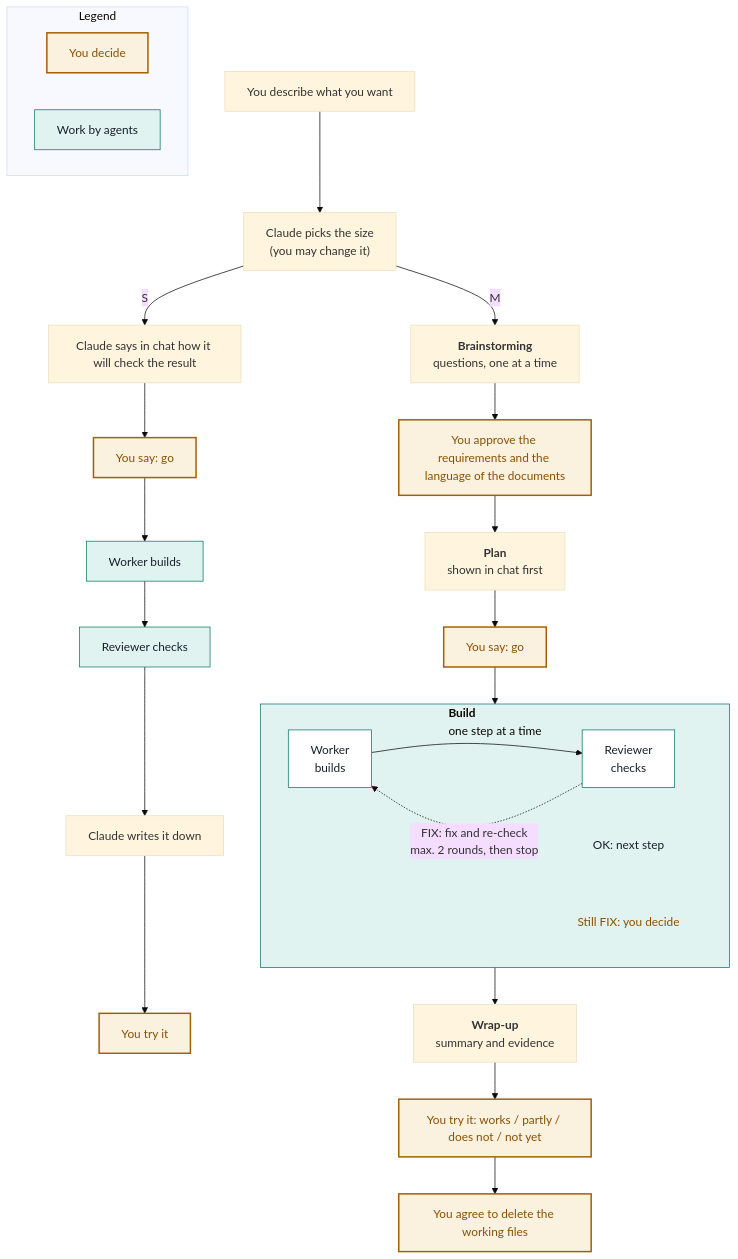
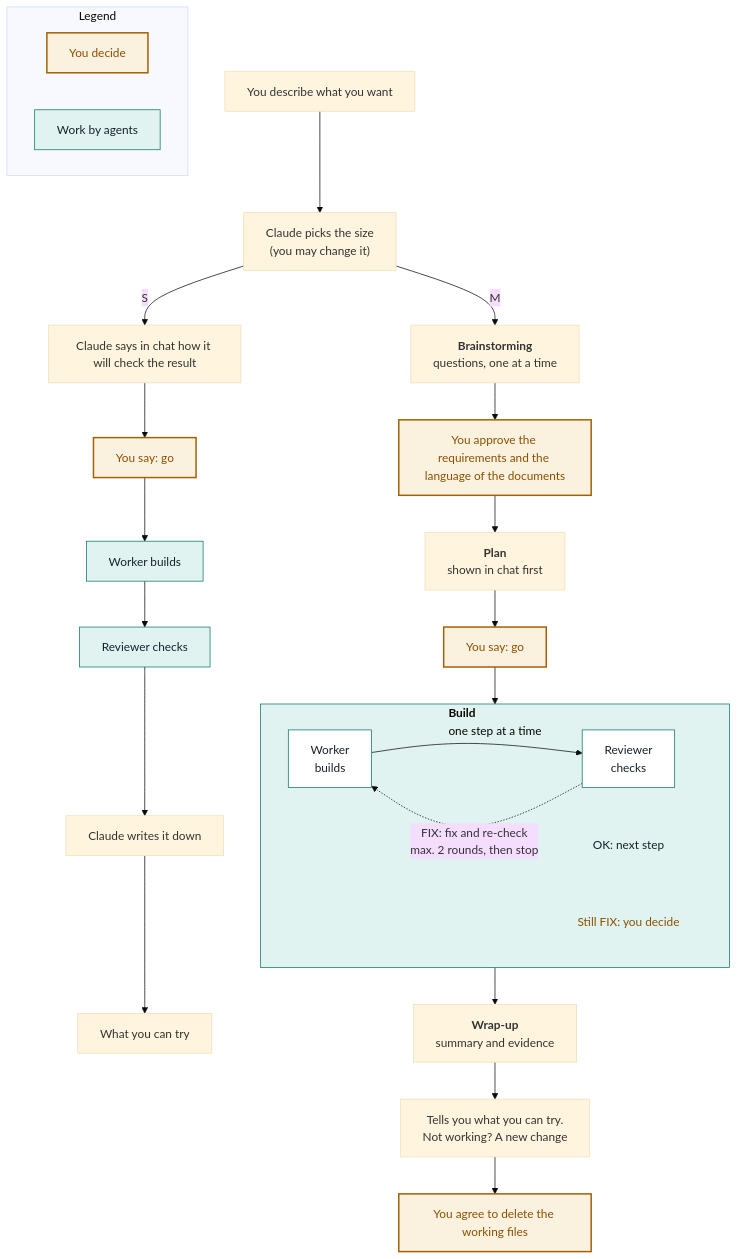
One commit to p-salbot/b6-plugin changed the diagram in b6/docs/getting-started.en.md. Above: the diagram before and after it, drawn with Mermaid (base theme). The commit also changed other lines of this file and 40 other files, not shown here.

````diff
--- a/b6/docs/getting-started.en.md
+++ b/b6/docs/getting-started.en.md
@@ -21,34 +21,34 @@
 ```mermaid
 flowchart TD
     START["You describe what you want"] --> SIZE["Claude picks the size<br/>(you may change it)"]
     SIZE -- S --> S1["Claude says in chat how it will check the result"]
     S1 --> S2["You say: go"]:::you
     S2 --> S3["Worker builds"]:::bld
     S3 --> S4["Reviewer checks"]:::bld
     S4 --> S5["Claude writes it down"]
-    S5 --> S6["You try it"]:::you
+    S5 --> S6["What you can try"]
     SIZE -- M --> M1["<b>Brainstorming</b><br/>questions, one at a time"]
     M1 --> M2["You approve the requirements and the language of the documents"]:::you
     M2 --> M3["<b>Plan</b><br/>shown in chat first"]
     M3 --> M4["You say: go"]:::you
     M4 --> BUILD
     subgraph BUILD["<b>Build</b><br/>one step at a time"]
         W["Worker<br/>builds"]:::inner --> R["Reviewer<br/>checks"]:::inner
         R -. "FIX: fix and re-check<br/>max. 2 rounds, then stop" .-> W
         OK["OK: next step"]:::note
         STILL["Still FIX: you decide"]:::younote
     end
     BUILD --> M5["<b>Wrap-up</b><br/>summary and evidence"]
-    M5 --> M6["You try it: works / partly / does not / not yet"]:::you
+    M5 --> M6["Tells you what you can try.<br/>Not working? A new change"]
     M6 --> M7["You agree to delete the working files"]:::you
     subgraph LEGEND["Legend"]
         L1["You decide"]:::you
         L2["Work by agents"]:::bld
     end
     classDef you fill:#fbf1df,stroke:#a35f00,stroke-width:2px,color:#8a5000
     classDef bld fill:#e1f3f1,stroke:#0b756c,color:#17212b
     classDef inner fill:#ffffff,stroke:#0b756c,color:#17212b
     classDef note fill:none,stroke:none,color:#17212b
     classDef younote fill:none,stroke:none,color:#8a5000
     style BUILD fill:#e1f3f1,stroke:#0b756c
 ```
````
